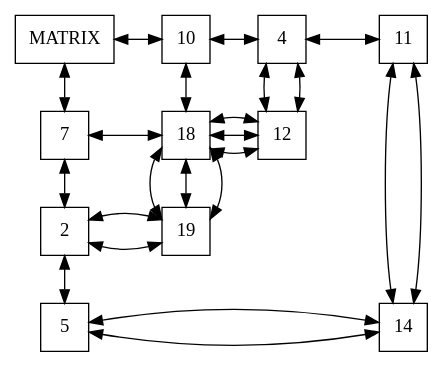
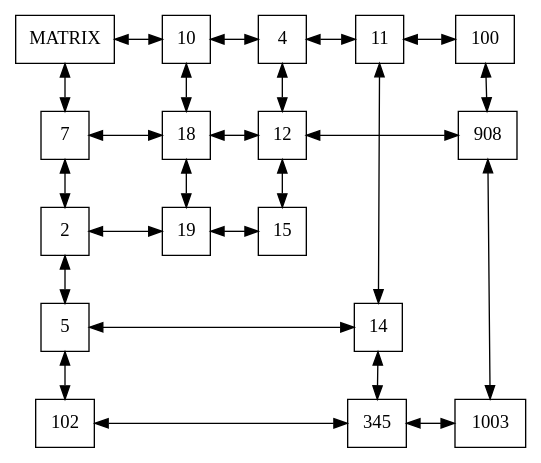
Before and after one commit to CarlosNgv99/sparse_matrix: the diagram in sparse_matrix/output/example.dot, drawn with Graphviz. The commit also changed 5 other files, not shown here.

Commit message:
graph fixed

```diff
--- a/sparse_matrix/output/example.dot
+++ b/sparse_matrix/output/example.dot
@@ -1,49 +1,62 @@
 digraph g{
 rankdir = TB;
 node [shape=rectangle, height=0.5, width=0.5];
 graph[ nodesep = 0.5];
 node0 [label="MATRIX"];
 10[label="10"]
 4[label="4"]
 11[label="11"]
+100[label="100"]
 node0->10[dir=both];
 10->4[dir=both];
 4->11[dir=both];
+11->100[dir=both];
 7[label="7"]
 2[label="2"]
 5[label="5"]
+102[label="102"]
 node0->7[dir=both];
 7->2[dir=both];
 2->5[dir=both];
+5->102[dir=both];
 18[label="18"]
 12->18[constraint=false, dir=both];
 {rank=same; 12; 18;}
 7->18[constraint=false, dir=both];
 {rank=same; 7; 18;}
 10->18[dir=both]
 19->18[dir=both]
 19[label="19"]
 2->19[constraint=false, dir=both];
 {rank=same; 2; 19;}
-18->19[dir=both]
 19[label="19"]
-2->19[constraint=false, dir=both];
-{rank=same; 2; 19;}
-18->19[dir=both]
+19[label="19"]
 12[label="12"]
-18->12[constraint=false, dir=both];
-{rank=same; 18; 12;}
 4->12[dir=both]
-12[label="12"]
-18->12[constraint=false, dir=both];
-{rank=same; 18; 12;}
-4->12[dir=both]
+15->12[dir=both]
+15[label="15"]
+19->15[constraint=false, dir=both];
+{rank=same; 19; 15;}
+15[label="15"]
+15[label="15"]
 14[label="14"]
 5->14[constraint=false, dir=both];
 {rank=same; 5; 14;}
 11->14[dir=both]
-14[label="14"]
-5->14[constraint=false, dir=both];
-{rank=same; 5; 14;}
-11->14[dir=both]
-{rank=same; node0; 10; 4; 11;}}
+345->14[dir=both]
+345[label="345"]
+102->345[constraint=false, dir=both];
+{rank=same; 102; 345;}
+345[label="345"]
+345[label="345"]
+908[label="908"]
+12->908[constraint=false, dir=both];
+{rank=same; 12; 908;}
+100->908[dir=both]
+1003->908[dir=both]
+1003[label="1003"]
+345->1003[constraint=false, dir=both];
+{rank=same; 345; 1003;}
+1003[label="1003"]
+1003[label="1003"]
+{rank=same; node0; 10; 4; 11; 100;}}
```
